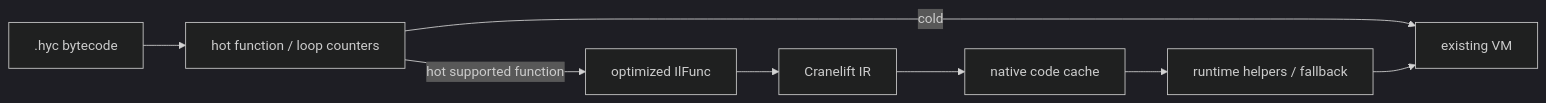
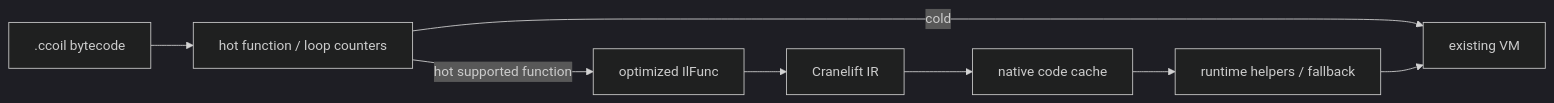
The diagram in docs/internals/optimization-roadmap.md (ardax-corp/coil-lang), drawn with Mermaid (dark theme) before and after one commit. The commit also changed other lines of this file and 3290 other files, not shown here.

````diff
--- a/docs/internals/optimization-roadmap.md
+++ b/docs/internals/optimization-roadmap.md
@@ -445,10 +445,10 @@
 ```mermaid
 flowchart LR
-  archive[".hyc bytecode"] --> counters["hot function / loop counters"]
+  archive[".ccoil bytecode"] --> counters["hot function / loop counters"]
   counters -->|cold| interpreter["existing VM"]
   counters -->|hot supported function| il["optimized IlFunc"]
   il --> clif["Cranelift IR"]
   clif --> native["native code cache"]
   native --> helpers["runtime helpers / fallback"]
   helpers --> interpreter
 ```
````
